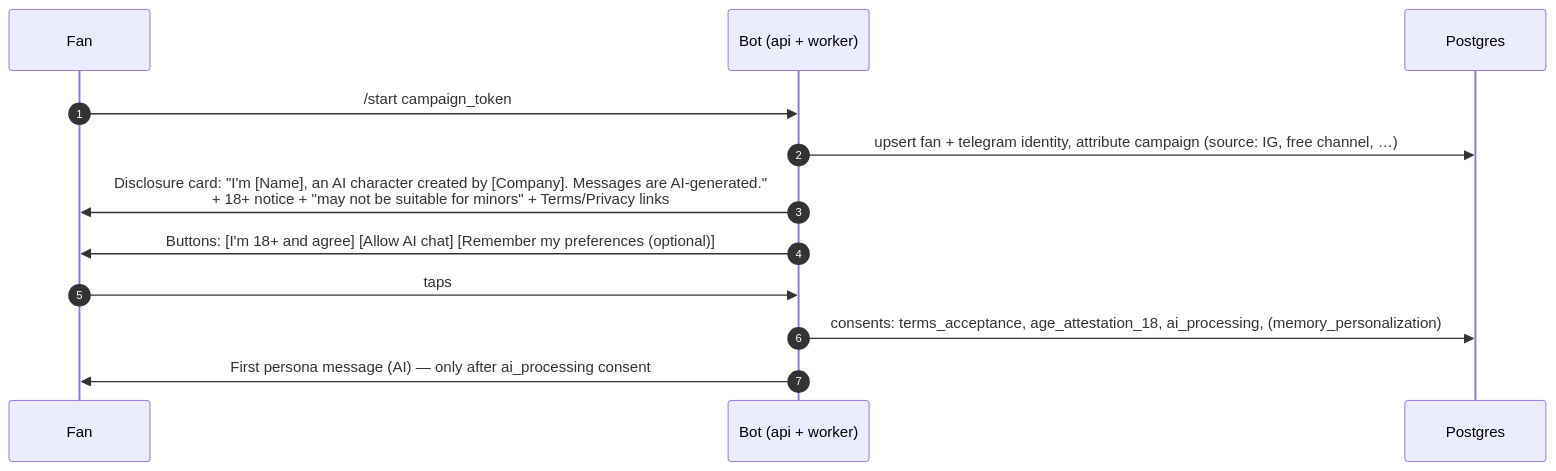
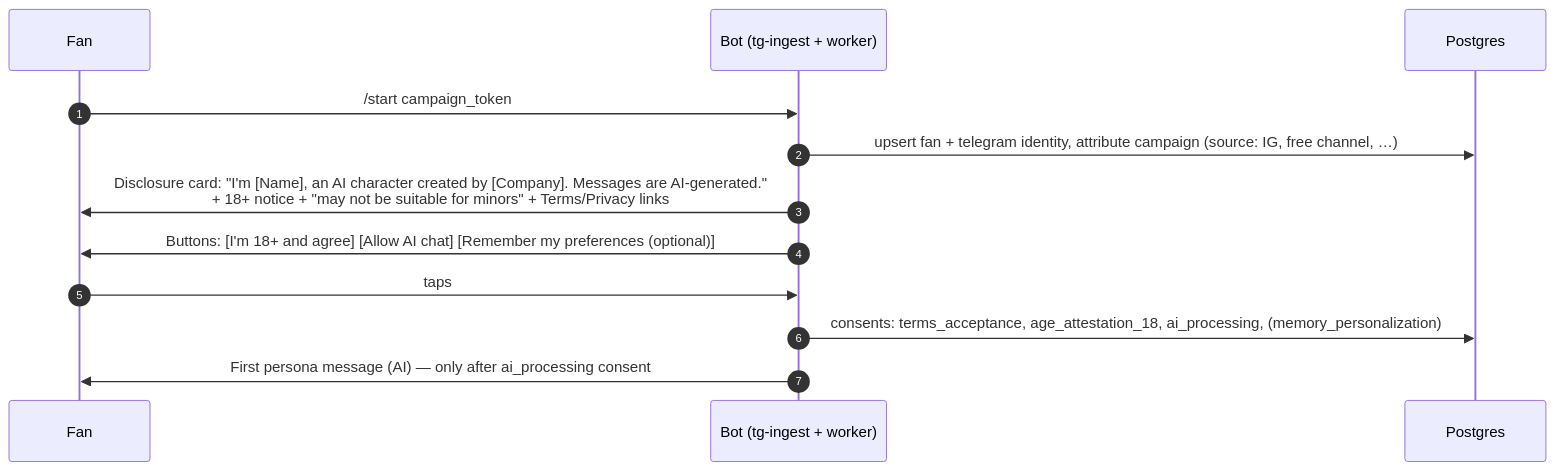
The first of 3 diagrams in docs/08-telegram-monetization.md (barel1296/barels), drawn with Mermaid before and after one commit. The commit also changed other lines of this file and 18 other files, not shown here.

First line of the commit message:
Revise architecture for 20-30 personas on one workstation with local AI

````diff
--- a/docs/08-telegram-monetization.md
+++ b/docs/08-telegram-monetization.md
@@ -63,14 +63,14 @@
 ```mermaid
 sequenceDiagram
   autonumber
   participant F as Fan
-  participant B as Bot (api + worker)
+  participant B as Bot (tg-ingest + worker)
   participant DB as Postgres
   F->>B: /start campaign_token
   B->>DB: upsert fan + telegram identity, attribute campaign (source: IG, free channel, …)
   B->>F: Disclosure card: "I'm [Name], an AI character created by [Company]. Messages are AI-generated."<br/>+ 18+ notice + "may not be suitable for minors" + Terms/Privacy links
   B->>F: Buttons: [I'm 18+ and agree] [Allow AI chat] [Remember my preferences (optional)]
   F->>B: taps
   B->>DB: consents: terms_acceptance, age_attestation_18, ai_processing, (memory_personalization)
   B->>F: First persona message (AI) — only after ai_processing consent
 ```
````
